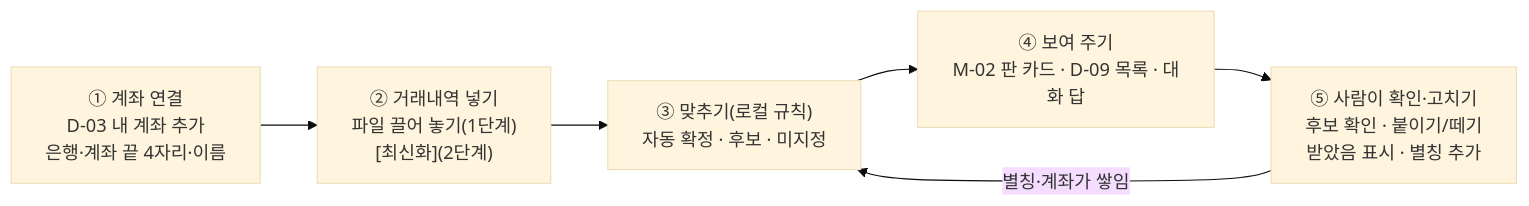
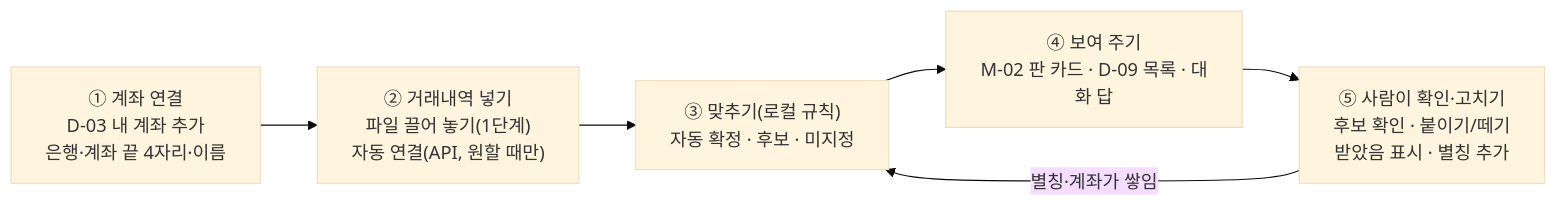
One commit to LAF-labs/tex changed the diagram in sovereign-ax/09-bank-matching.md. Above: the diagram before and after it, drawn with Mermaid (base theme). The commit also changed other lines of this file and 2 other files, not shown here.

````diff
--- a/sovereign-ax/09-bank-matching.md
+++ b/sovereign-ax/09-bank-matching.md
@@ -44,8 +45,8 @@
 ```mermaid
 flowchart LR
-  A["① 계좌 연결<br/>D-03 내 계좌 추가<br/>은행·계좌 끝 4자리·이름"] --> B["② 거래내역 넣기<br/>파일 끌어 놓기(1단계)<br/>[최신화](2단계)"]
+  A["① 계좌 연결<br/>D-03 내 계좌 추가<br/>은행·계좌 끝 4자리·이름"] --> B["② 거래내역 넣기<br/>파일 끌어 놓기(1단계)<br/>자동 연결(API, 원할 때만)"]
   B --> C["③ 맞추기(로컬 규칙)<br/>자동 확정 · 후보 · 미지정"]
   C --> D["④ 보여 주기<br/>M-02 판 카드 · D-09 목록 · 대화 답"]
   D --> E["⑤ 사람이 확인·고치기<br/>후보 확인 · 붙이기/떼기<br/>받았음 표시 · 별칭 추가"]
   E -->|"별칭·계좌가 쌓임"| C
 ```
````
